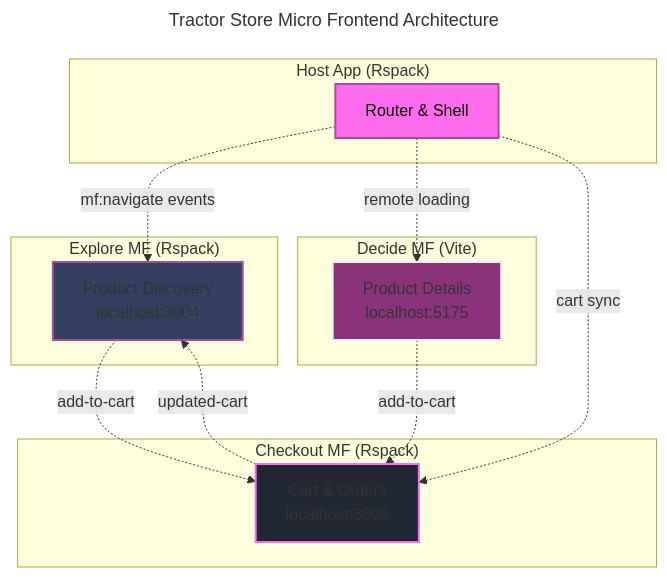
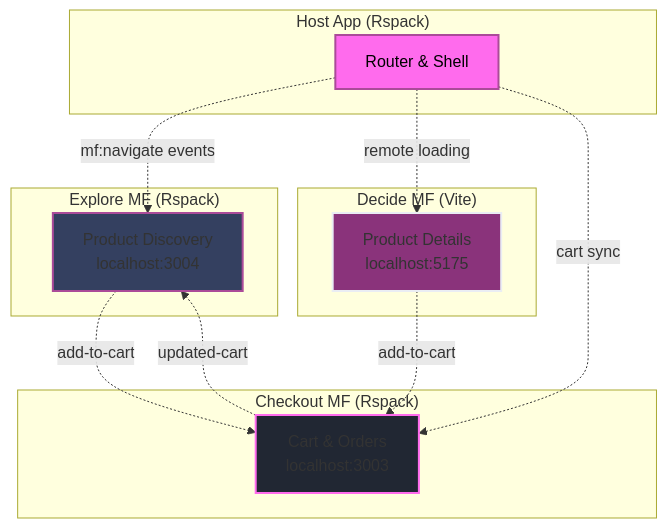
Before and after one commit to alexanderop/slides: the diagram in presentations/how-to-structure-vue-projects/slides.md, drawn with Mermaid. The commit also changed other lines of this file and 1 other file, not shown here.

````diff
--- a/presentations/how-to-structure-vue-projects/slides.md
+++ b/presentations/how-to-structure-vue-projects/slides.md
@@ -453,34 +453,31 @@
 ```mermaid{scale: 0.9}
----
-title: Tractor Store Micro Frontend Architecture
----
 graph TB
     subgraph host["Host App (Rspack)"]
         Router["Router & Shell"]:::host
     end
     
     subgraph explore["Explore MF (Rspack)"]
         ExploreApp["Product Discovery<br>localhost:3004"]:::explore
     end
     
     subgraph decide["Decide MF (Vite)"]
         DecideApp["Product Details<br>localhost:5175"]:::decide
     end
     
     subgraph checkout["Checkout MF (Rspack)"]
         CheckoutApp["Cart & Orders<br>localhost:3003"]:::checkout
     end
     
     Router -.->|"mf:navigate events"| ExploreApp
     Router -.->|"remote loading"| DecideApp
     Router -.->|"cart sync"| CheckoutApp
     
     ExploreApp -.->|"add-to-cart"| CheckoutApp
     DecideApp -.->|"add-to-cart"| CheckoutApp
     CheckoutApp -.->|"updated-cart"| ExploreApp
     
     classDef host fill:#FF6BED,stroke:#AB4B99,stroke-width:2px,color:#000
     classDef explore fill:#344060,stroke:#AB4B99,stroke-width:2px
     classDef decide fill:#8A337B,stroke:#EAEDF3,stroke-width:2px
     classDef checkout fill:#212733,stroke:#FF6BED,stroke-width:2px
 ```
````
